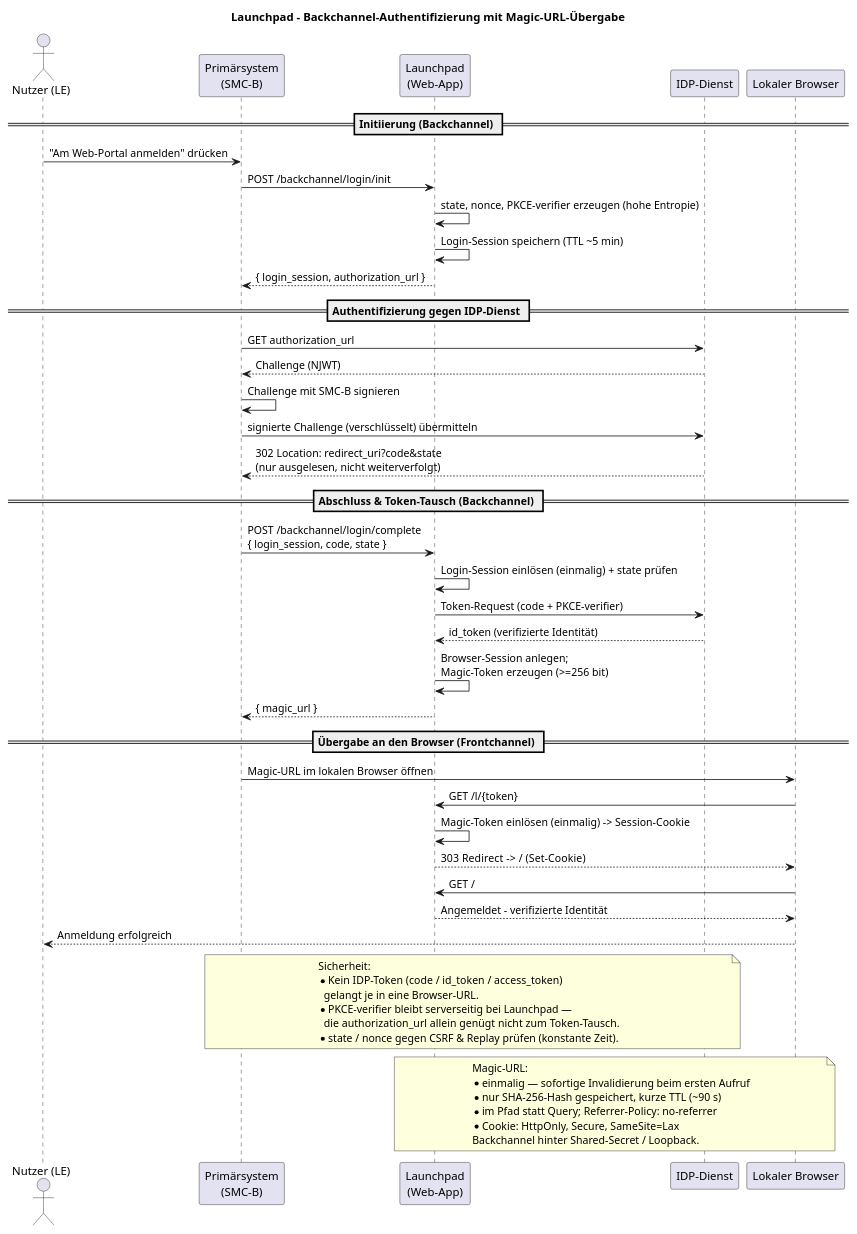
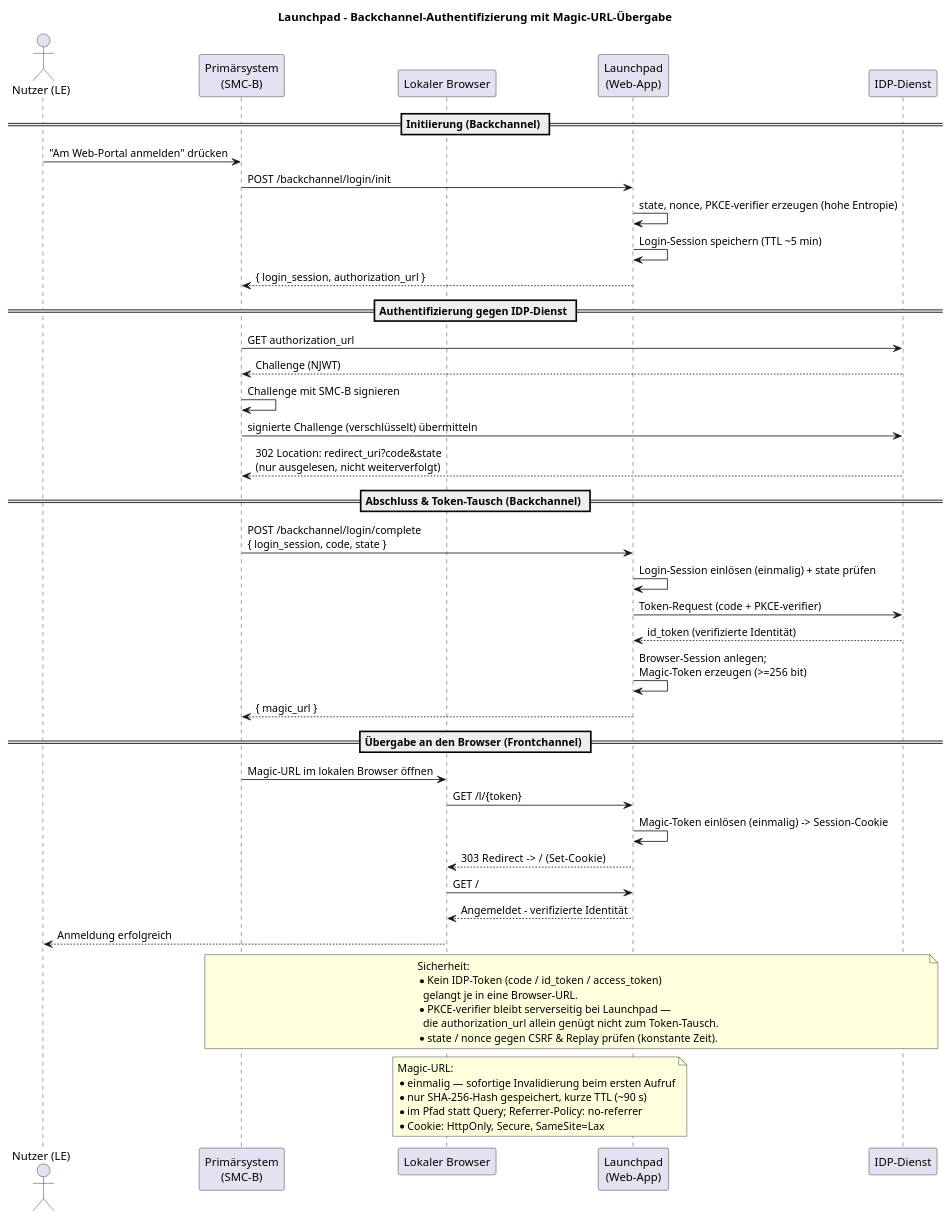
The diagram in src/images/feature/eped-b/auth/auth_seq-alternative4d.puml (gematik/api-ncpeh), drawn with PlantUML before and after one commit.

Commit message:
Move 'Lokaler Browser'

```diff
--- a/src/images/feature/eped-b/auth/auth_seq-alternative4d.puml
+++ b/src/images/feature/eped-b/auth/auth_seq-alternative4d.puml
@@ -1,58 +1,57 @@
 @startuml
 title Launchpad – Backchannel-Authentifizierung mit Magic-URL-Übergabe
 
 actor "Nutzer (LE)" as User
 participant "Primärsystem\n(SMC-B)" as PS
+participant "Lokaler Browser" as Browser
 participant "Launchpad\n(Web-App)" as LP
 participant "IDP-Dienst" as IDP
-participant "Lokaler Browser" as Browser
 
 == Initiierung (Backchannel) ==
 User -> PS: "Am Web-Portal anmelden" drücken
 PS -> LP: POST /backchannel/login/init
 LP -> LP: state, nonce, PKCE-verifier erzeugen (hohe Entropie)
 LP -> LP: Login-Session speichern (TTL ~5 min)
 LP --> PS: { login_session, authorization_url }
 
 == Authentifizierung gegen IDP-Dienst ==
 PS -> IDP: GET authorization_url
 IDP --> PS: Challenge (NJWT)
 PS -> PS: Challenge mit SMC-B signieren
 PS -> IDP: signierte Challenge (verschlüsselt) übermitteln
 IDP --> PS: 302 Location: redirect_uri?code&state\n(nur ausgelesen, nicht weiterverfolgt)
 
 == Abschluss & Token-Tausch (Backchannel) ==
 PS -> LP: POST /backchannel/login/complete\n{ login_session, code, state }
 LP -> LP: Login-Session einlösen (einmalig) + state prüfen
 LP -> IDP: Token-Request (code + PKCE-verifier)
 IDP --> LP: id_token (verifizierte Identität)
 LP -> LP: Browser-Session anlegen;\nMagic-Token erzeugen (>=256 bit)
 LP --> PS: { magic_url }
 
 == Übergabe an den Browser (Frontchannel) ==
 PS -> Browser: Magic-URL im lokalen Browser öffnen
 Browser -> LP: GET /l/{token}
 LP -> LP: Magic-Token einlösen (einmalig) -> Session-Cookie
 LP --> Browser: 303 Redirect -> /  (Set-Cookie)
 Browser -> LP: GET /
 LP --> Browser: Angemeldet – verifizierte Identität
 Browser --> User: Anmeldung erfolgreich
 
 note over PS, IDP
   Sicherheit:
   * Kein IDP-Token (code / id_token / access_token)
     gelangt je in eine Browser-URL.
   * PKCE-verifier bleibt serverseitig bei Launchpad —
     die authorization_url allein genügt nicht zum Token-Tausch.
   * state / nonce gegen CSRF & Replay prüfen (konstante Zeit).
 end note
 
 note over LP, Browser
   Magic-URL:
   * einmalig — sofortige Invalidierung beim ersten Aufruf
   * nur SHA-256-Hash gespeichert, kurze TTL (~90 s)
   * im Pfad statt Query; Referrer-Policy: no-referrer
   * Cookie: HttpOnly, Secure, SameSite=Lax
-  Backchannel hinter Shared-Secret / Loopback.
 end note
 @enduml
```
